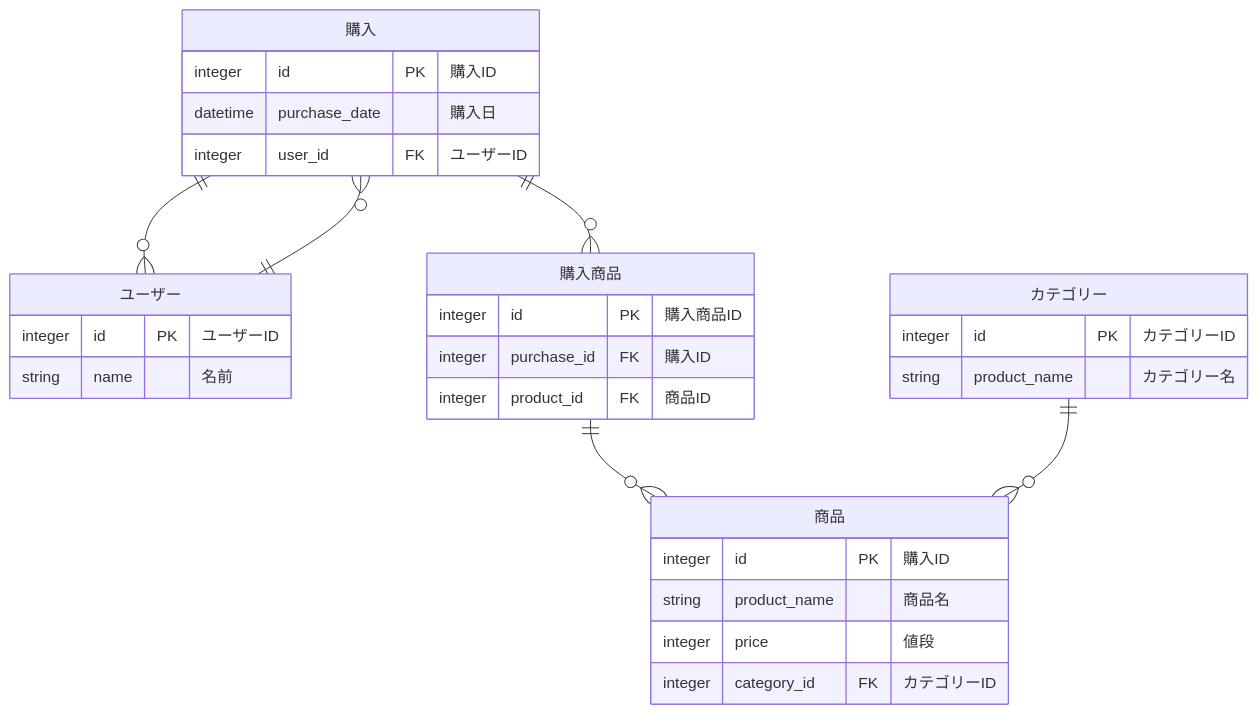
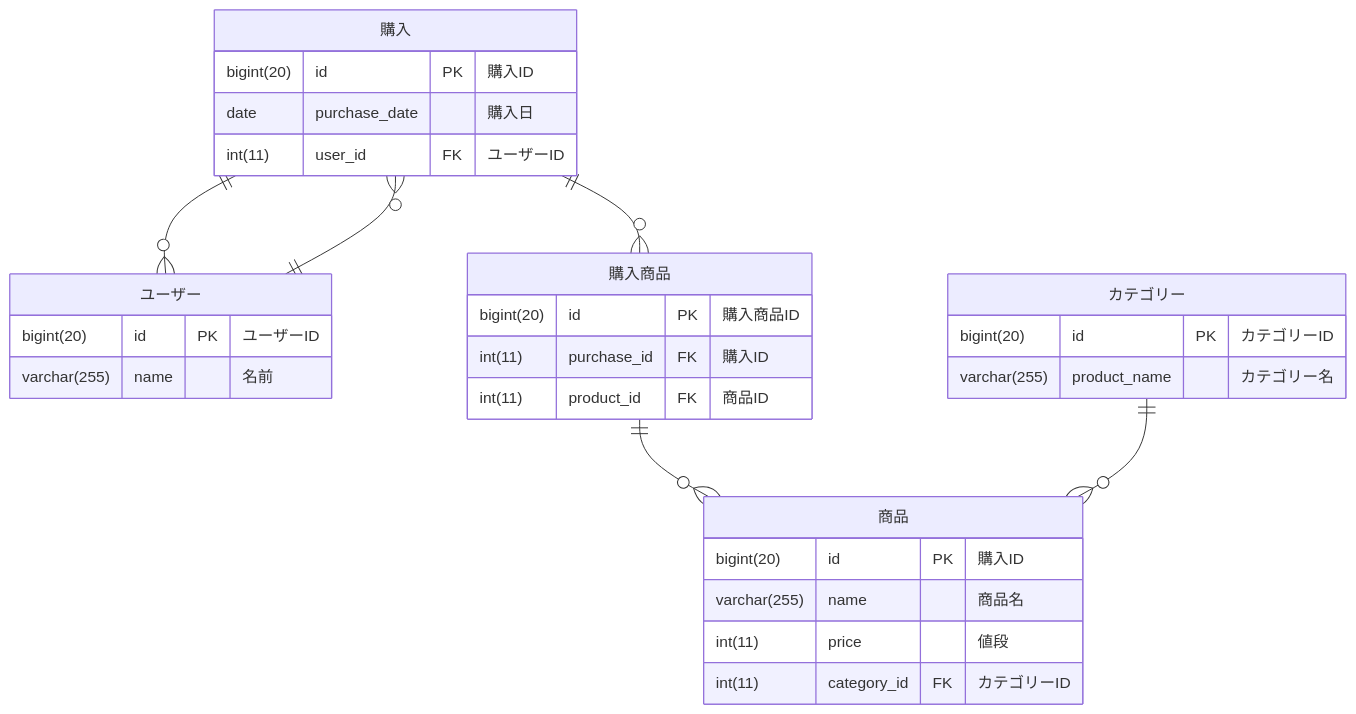
The diagram in week5-6/02_quest/20_ER_DIAGRAM/README.md (shuntaron/apprentice), drawn with Mermaid before and after one commit. The commit also changed 1 other file, not shown here.

Commit message:
Add week5-6 21_TABLE_DEFINITION STEP1-8

````diff
--- a/week5-6/02_quest/20_ER_DIAGRAM/README.md
+++ b/week5-6/02_quest/20_ER_DIAGRAM/README.md
@@ -56,37 +56,37 @@
 ```mermaid
 erDiagram
   "購入"        ||--o{ "ユーザー": ""
   "購入"        ||--o{ "購入商品": ""
   "ユーザー"    ||--o{ "購入": ""
   "購入商品"    ||--o{ "商品": ""
   "カテゴリー"   ||--o{ "商品": ""
 
   "購入" {
-    integer   id             PK  "購入ID"
-    datetime  purchase_date      "購入日"
-    integer   user_id        FK  "ユーザーID"
+    bigint(20)      id             PK  "購入ID"
+    date            purchase_date      "購入日"
+    int(11)         user_id        FK  "ユーザーID"
   }
   
   "ユーザー" {
-    integer   id             PK  "ユーザーID"
-    string    name               "名前"
+    bigint(20)      id             PK  "ユーザーID"
+    varchar(255)    name               "名前"
   }
 
   "購入商品" {
-    integer   id             PK  "購入商品ID"
-    integer   purchase_id    FK  "購入ID"
-    integer   product_id     FK  "商品ID"
+    bigint(20)      id             PK  "購入商品ID"
+    int(11)         purchase_id    FK  "購入ID"
+    int(11)         product_id     FK  "商品ID"
   }
 
   "商品" {
-    integer   id             PK  "購入ID"
-    string    product_name       "商品名"
-    integer   price              "値段"
-    integer   category_id    FK  "カテゴリーID"
+    bigint(20)      id             PK  "購入ID"
+    varchar(255)    name               "商品名"
+    int(11)         price              "値段"
+    int(11)         category_id    FK  "カテゴリーID"
   }
 
   "カテゴリー" {
-    integer   id             PK  "カテゴリーID"
-    string    product_name       "カテゴリー名"
+    bigint(20)      id             PK  "カテゴリーID"
+    varchar(255)    product_name       "カテゴリー名"
   }
 ```
````
